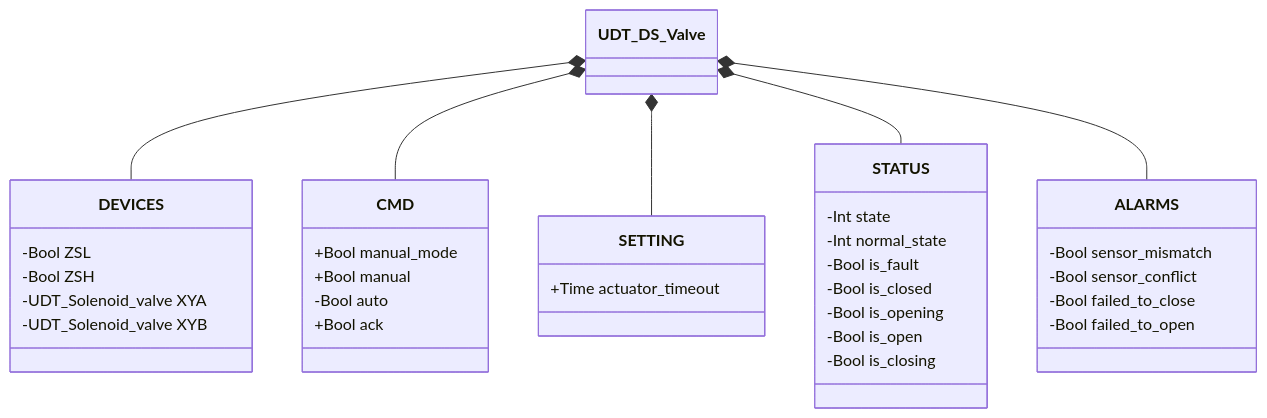
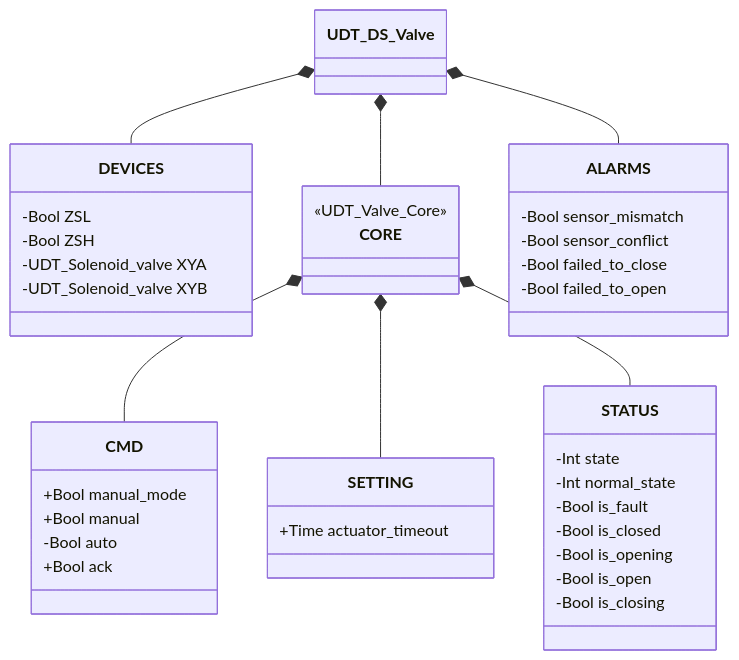
The first of 2 diagrams in docs/en/library/valves/butterfly/double_solenoid/index.md (AleFire99/TIA_knowledge), drawn with Mermaid before and after one commit. The commit also changed other lines of this file and 153 other files, not shown here.

````diff
--- a/docs/en/library/valves/butterfly/double_solenoid/index.md
+++ b/docs/en/library/valves/butterfly/double_solenoid/index.md
@@ -22,39 +22,43 @@
 ```mermaid
 classDiagram
     class UDT_DS_Valve
     class DEVICES {
         -Bool ZSL
         -Bool ZSH
         -UDT_Solenoid_valve XYA
         -UDT_Solenoid_valve XYB
+    }
+    class CORE {
+        <<UDT_Valve_Core>>
     }
     class CMD {
         +Bool manual_mode
         +Bool manual
         -Bool auto
         +Bool ack
     }
     class SETTING {
         +Time actuator_timeout
     }
     class STATUS {
         -Int state
         -Int normal_state
         -Bool is_fault
         -Bool is_closed
         -Bool is_opening
         -Bool is_open
         -Bool is_closing
     }
     class ALARMS {
         -Bool sensor_mismatch
         -Bool sensor_conflict
         -Bool failed_to_close
         -Bool failed_to_open
     }
     UDT_DS_Valve *-- DEVICES
-    UDT_DS_Valve *-- CMD
-    UDT_DS_Valve *-- SETTING
-    UDT_DS_Valve *-- STATUS
+    UDT_DS_Valve *-- CORE
     UDT_DS_Valve *-- ALARMS
+    CORE *-- CMD
+    CORE *-- SETTING
+    CORE *-- STATUS
 ```
````
